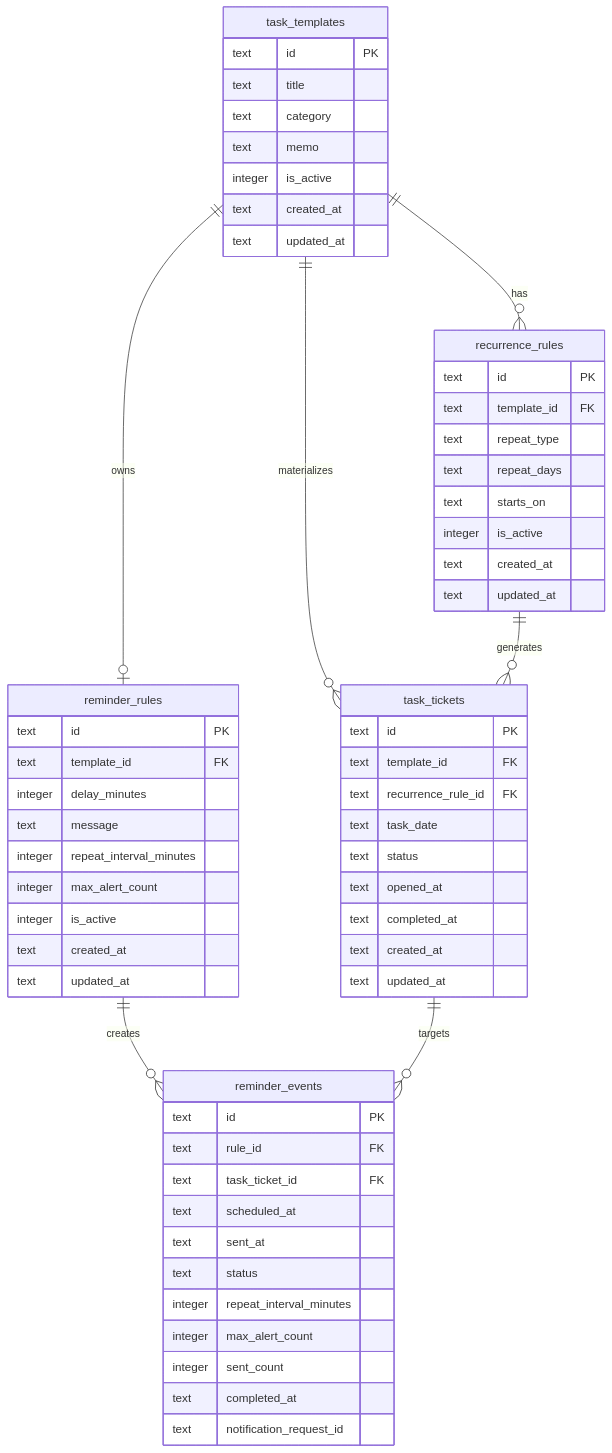
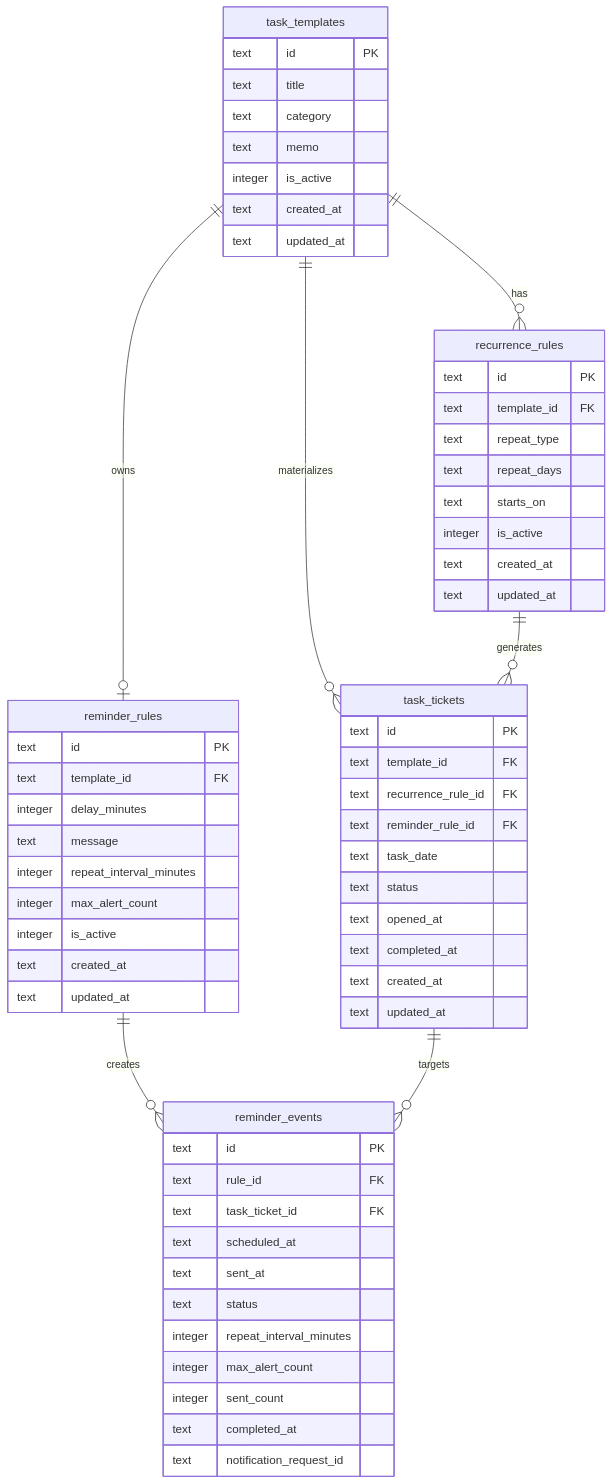
Before and after one commit to kimst5418/daily-routine: the diagram in docs/ERD.md, drawn with Mermaid. The commit also changed other lines of this file and 6 other files, not shown here.

````diff
--- a/docs/ERD.md
+++ b/docs/ERD.md
@@ -5,68 +5,69 @@
 ```mermaid
 erDiagram
     task_templates {
         text id PK
         text title
         text category
         text memo
         integer is_active
         text created_at
         text updated_at
     }
 
     recurrence_rules {
         text id PK
         text template_id FK
         text repeat_type
         text repeat_days
         text starts_on
         integer is_active
         text created_at
         text updated_at
     }
 
     task_tickets {
         text id PK
         text template_id FK
         text recurrence_rule_id FK
+        text reminder_rule_id FK
         text task_date
         text status
         text opened_at
         text completed_at
         text created_at
         text updated_at
     }
 
     reminder_rules {
         text id PK
         text template_id FK
         integer delay_minutes
         text message
         integer repeat_interval_minutes
         integer max_alert_count
         integer is_active
         text created_at
         text updated_at
     }
 
     reminder_events {
         text id PK
         text rule_id FK
         text task_ticket_id FK
         text scheduled_at
         text sent_at
         text status
         integer repeat_interval_minutes
         integer max_alert_count
         integer sent_count
         text completed_at
         text notification_request_id
     }
 
     task_templates ||--o{ recurrence_rules : "has"
     task_templates ||--o{ task_tickets : "materializes"
     recurrence_rules ||--o{ task_tickets : "generates"
     task_templates ||--o| reminder_rules : "owns"
     reminder_rules ||--o{ reminder_events : "creates"
     task_tickets ||--o{ reminder_events : "targets"
 ```
````
